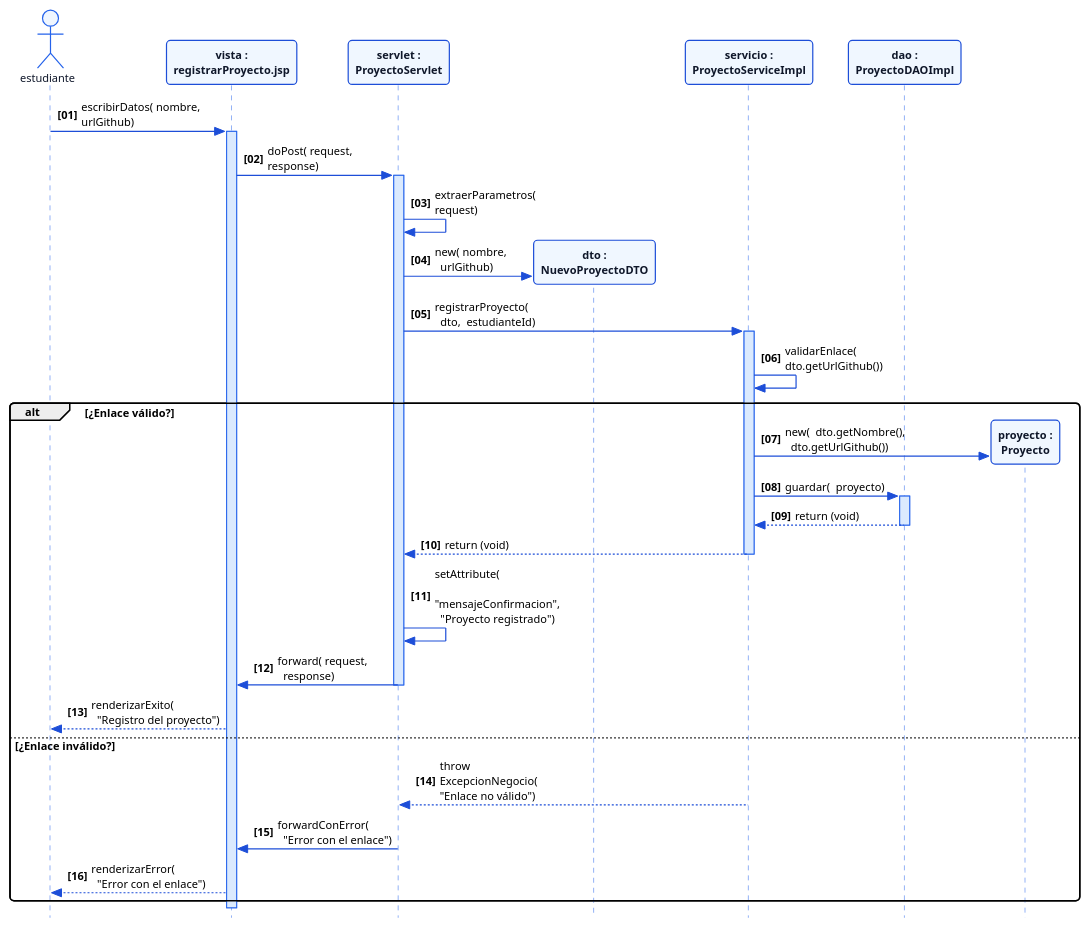
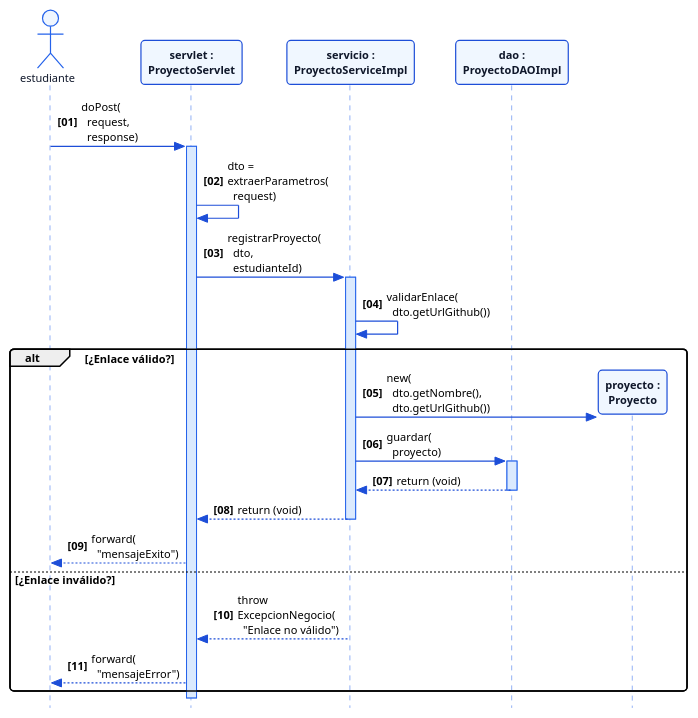
The diagram in docs/incremento1/sequenceDiagrams/cu02-registrarProyecto.puml (ErickBaja05/GR4_1BT3_622_26B), drawn with PlantUML before and after one commit. The commit also changed 1 other file, not shown here.

Commit message:
Corrijo diagramas de secuencia CU02 y CU05

```diff
--- a/docs/incremento1/sequenceDiagrams/cu02-registrarProyecto.puml
+++ b/docs/incremento1/sequenceDiagrams/cu02-registrarProyecto.puml
@@ -1,93 +1,77 @@
 @startuml
 skinparam style strictuml
 skinparam defaultFontName "Segoe UI"
 skinparam defaultFontSize 11
 skinparam roundCorner 8
 skinparam shadowing false
 
-' Ajuste de espacio horizontal entre participantes
 skinparam maxMessageSize 130
 skinparam ParticipantPadding 10
 skinparam BoxPadding 10
 
 skinparam participant {
     BackgroundColor #F0F7FF
     BorderColor #1D4ED8
     BorderThickness 1.2
     FontColor #0F172A
     FontStyle bold
 }
 
 skinparam actor {
     BackgroundColor #EFF6FF
     BorderColor #2563EB
     BorderThickness 1.2
     FontColor #0F172A
 }
 
 skinparam sequence {
     LifeLineBackgroundColor #DBEAFE
     LifeLineBorderColor #2563EB
     ArrowColor #1D4ED8
     ArrowThickness 1.2
 }
 
 autonumber "<b>[00]</b>"
 
 actor "estudiante" as estudiante
-participant "vista :\nregistrarProyecto.jsp" as jsp
 participant "servlet :\nProyectoServlet" as servlet
-participant "dto :\nNuevoProyectoDTO" as dto
 participant "servicio :\nProyectoServiceImpl" as service
 participant "dao :\nProyectoDAOImpl" as dao
 participant "proyecto :\nProyecto" as proyecto
 
-' 1. El estudiante envía sus datos
-estudiante -> jsp : escribirDatos( nombre, urlGithub)
-activate jsp
-
-' 2. La vista redirige al Servlet
-jsp -> servlet : doPost( request, response)
+' 1. La petición entra directo al Servlet desde el navegador
+estudiante -> servlet : doPost(\n  request,\n  response)
 activate servlet
 
-servlet -> servlet : extraerParametros( request)
+' 2. El Servlet extrae los parámetros y crea internamente el DTO
+servlet -> servlet : dto = extraerParametros(\n  request)
 
-' 3. Creación del DTO
-create dto
-servlet -> dto : new( nombre,\n  urlGithub)
-
-' 4. Invocación al servicio de negocio
-servlet -> service : registrarProyecto(\n  dto,  estudianteId)
+' 3. Se envía el DTO como parámetro al servicio
+servlet -> service : registrarProyecto(\n  dto,\n  estudianteId)
 activate service
 
-' 5. Validación interna del enlace
-service -> service : validarEnlace(  dto.getUrlGithub())
+' 4. Validación lógica del enlace
+service -> service : validarEnlace(\n  dto.getUrlGithub())
 
 alt ¿Enlace válido?
-    ' 6. Creación y persistencia de la entidad
+    ' 5. Instanciación y persistencia de la Entidad
     create proyecto
-    service -> proyecto : new(  dto.getNombre(),\n  dto.getUrlGithub())
+    service -> proyecto : new(\n  dto.getNombre(),\n  dto.getUrlGithub())
 
-    service -> dao : guardar(  proyecto)
+    service -> dao : guardar(\n  proyecto)
     activate dao
     dao --> service : return (void)
     deactivate dao
 
     service --> servlet : return (void)
     deactivate service
 
-    ' 7. Confirmación a la vista
-    servlet -> servlet : setAttribute(\n  "mensajeConfirmacion",\n  "Proyecto registrado")
-    
-    servlet -> jsp : forward( request,\n  response)
-    deactivate servlet
-
-    jsp --> estudiante : renderizarExito(\n  "Registro del proyecto")
+    ' 6. El Servlet realiza la respuesta/forward
+    servlet --> estudiante : forward(\n  "mensajeExito")
 else ¿Enlace inválido?
-    service --> servlet : throw ExcepcionNegocio( "Enlace no válido")
-    servlet -> jsp : forwardConError(\n  "Error con el enlace")
-    jsp --> estudiante : renderizarError(\n  "Error con el enlace")
+    service --> servlet : throw ExcepcionNegocio(\n  "Enlace no válido")
+    servlet --> estudiante : forward(\n  "mensajeError")
 end
-deactivate jsp
+deactivate servlet
 
 @enduml
```
